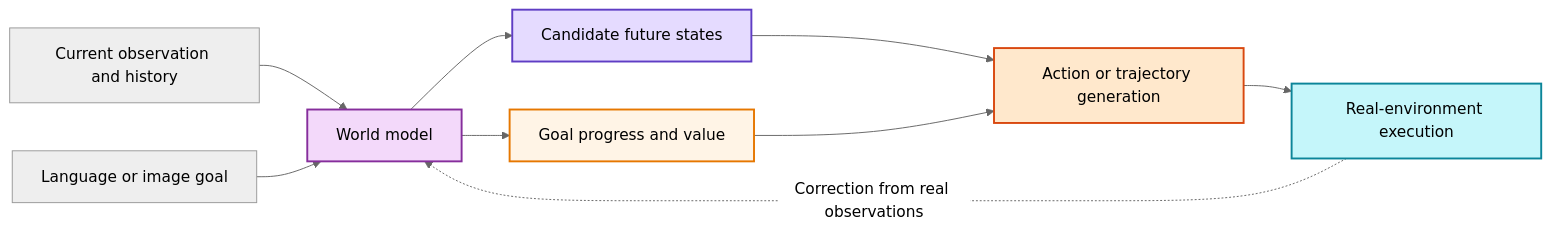
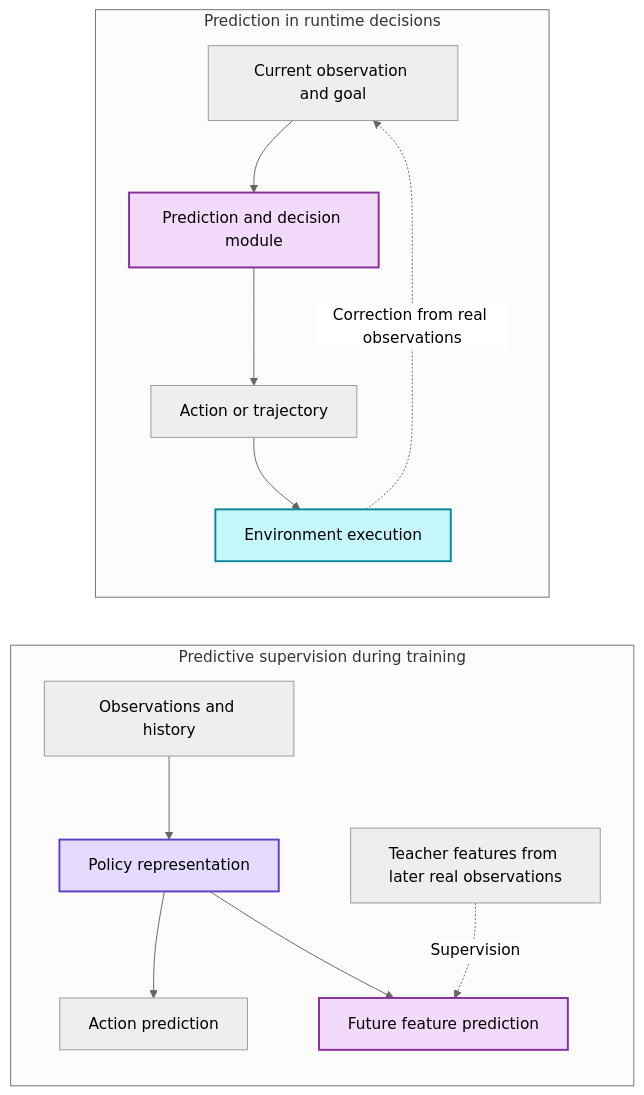
Before and after one commit to TingdeLiu/tingdeliu.github.io: the seventh of 14 diagrams in _translations/en/research/VLN-Survey.md, drawn with Mermaid (neutral theme). The commit also changed other lines of this file and 2 other files, not shown here.

````diff
--- a/_translations/en/research/VLN-Survey.md
+++ b/_translations/en/research/VLN-Survey.md
@@ -453,17 +527,20 @@
 ```mermaid
 flowchart LR
-    O["Current observation and history"] --> W["World model"]
-    G["Language or image goal"] --> W
-    W --> F["Candidate future states"]
-    W --> V["Goal progress and value"]
-    F --> P["Action or trajectory generation"]
-    V --> P
-    P --> R["Real-environment execution"]
-    R -.->|Correction from real observations| W
+    subgraph train["Predictive supervision during training"]
+        H["Observations and history"] --> Z["Policy representation"]
+        Z --> A["Action prediction"]
+        Z --> F["Future feature prediction"]
+        T["Teacher features from later real observations"] -.->|Supervision| F
+    end
+    subgraph run["Prediction in runtime decisions"]
+        O["Current observation and goal"] --> W["Prediction and decision module"]
+        W --> P["Action or trajectory"]
+        P --> R["Environment execution"]
+        R -.->|Correction from real observations| O
+    end
 
+    style Z fill:#e5dbff,stroke:#5f3dc4,stroke-width:2px
+    style F fill:#f3d9fa,stroke:#862e9c,stroke-width:2px
     style W fill:#f3d9fa,stroke:#862e9c,stroke-width:2px
-    style F fill:#e5dbff,stroke:#5f3dc4,stroke-width:2px
-    style V fill:#fff4e6,stroke:#e67700,stroke-width:2px
-    style P fill:#ffe8cc,stroke:#d9480f,stroke-width:2px
     style R fill:#c5f6fa,stroke:#0c8599,stroke-width:2px
 ```
````
